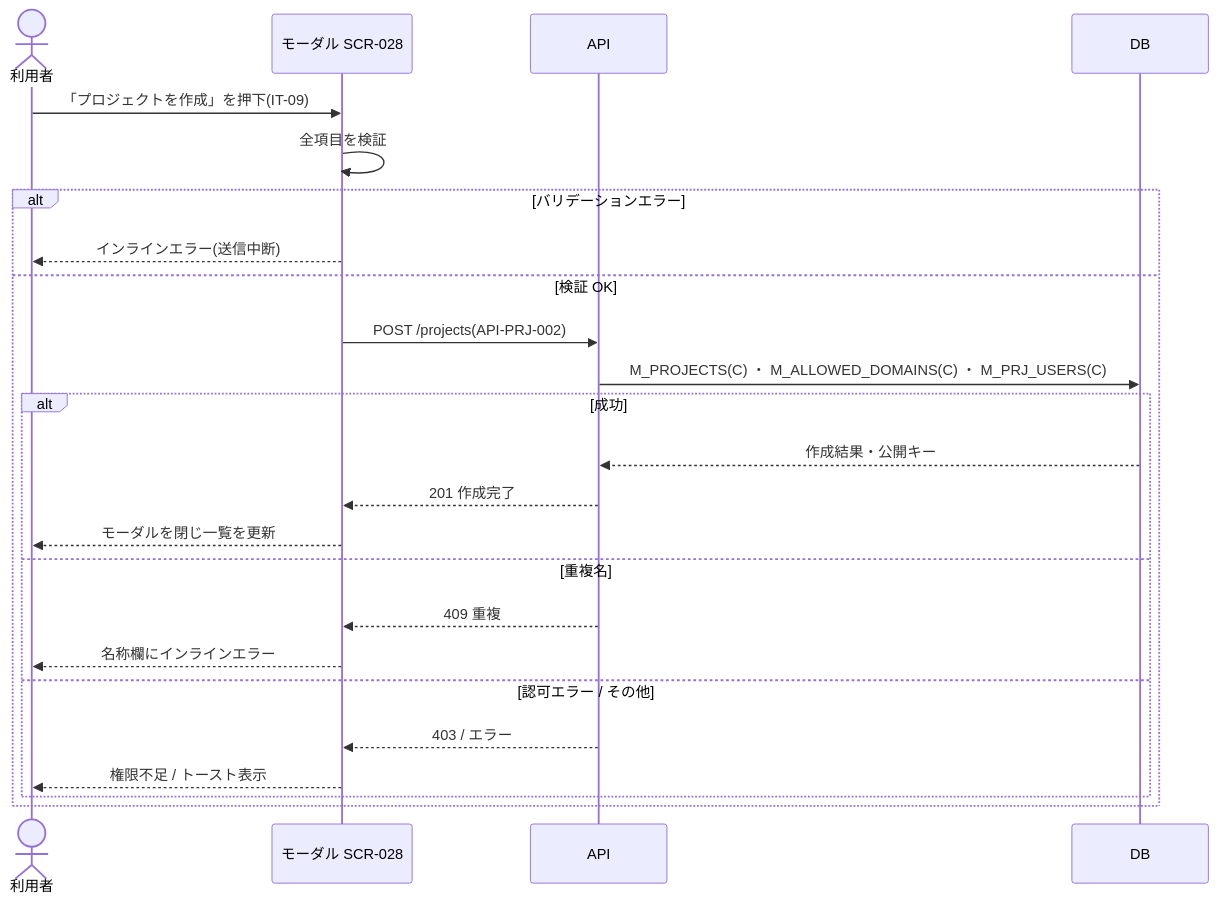
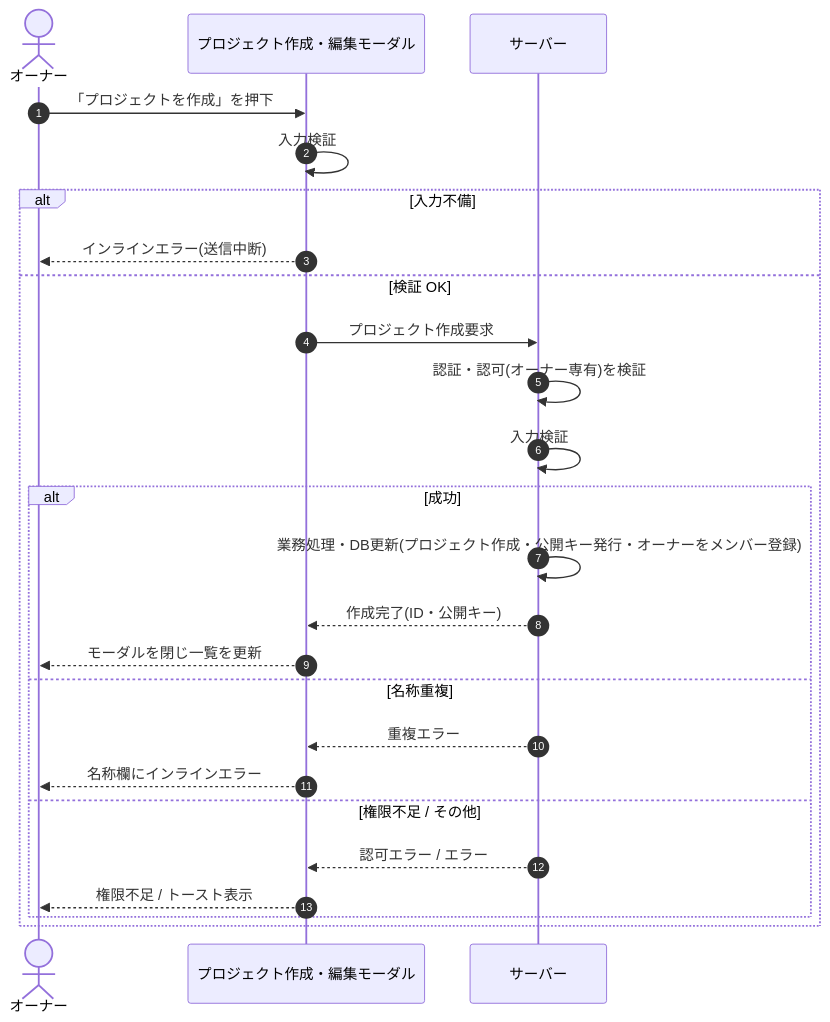
One commit to sikakou54/open-faq changed the diagram in 02_basic_design/05_sequences/SEQ-011.md. Above: the diagram before and after it, drawn with Mermaid. The commit also changed other lines of this file and 108 other files, not shown here.

First line of the commit message:
基本設計: シーケンス図を基本設計粒度(ユーザー/画面/サーバー)へ再編成

````diff
--- a/02_basic_design/05_sequences/SEQ-011.md
+++ b/02_basic_design/05_sequences/SEQ-011.md
@@ -25,26 +32,27 @@
 ```mermaid
 sequenceDiagram
-  actor U as 利用者
-  participant S as モーダル SCR-028
-  participant API as API
-  participant DB as DB
-  U->>S: 「プロジェクトを作成」を押下(IT-09)
-  S->>S: 全項目を検証
-  alt バリデーションエラー
-    S-->>U: インラインエラー(送信中断)
+  autonumber
+  actor U as オーナー
+  participant Screen as プロジェクト作成・編集モーダル
+  participant Server as サーバー
+  U->>Screen: 「プロジェクトを作成」を押下
+  Screen->>Screen: 入力検証
+  alt 入力不備
+    Screen-->>U: インラインエラー(送信中断)
   else 検証 OK
-    S->>API: POST /projects(API-PRJ-002)
-    API->>DB: M_PROJECTS(C) ・ M_ALLOWED_DOMAINS(C) ・ M_PRJ_USERS(C)
+    Screen->>Server: プロジェクト作成要求
+    Server->>Server: 認証・認可(オーナー専有)を検証
+    Server->>Server: 入力検証
     alt 成功
-      DB-->>API: 作成結果・公開キー
-      API-->>S: 201 作成完了
-      S-->>U: モーダルを閉じ一覧を更新
-    else 重複名
-      API-->>S: 409 重複
-      S-->>U: 名称欄にインラインエラー
-    else 認可エラー / その他
-      API-->>S: 403 / エラー
-      S-->>U: 権限不足 / トースト表示
+      Server->>Server: 業務処理・DB更新(プロジェクト作成・公開キー発行・オーナーをメンバー登録)
+      Server-->>Screen: 作成完了(ID・公開キー)
+      Screen-->>U: モーダルを閉じ一覧を更新
+    else 名称重複
+      Server-->>Screen: 重複エラー
+      Screen-->>U: 名称欄にインラインエラー
+    else 権限不足 / その他
+      Server-->>Screen: 認可エラー / エラー
+      Screen-->>U: 権限不足 / トースト表示
     end
   end
 ```
````
